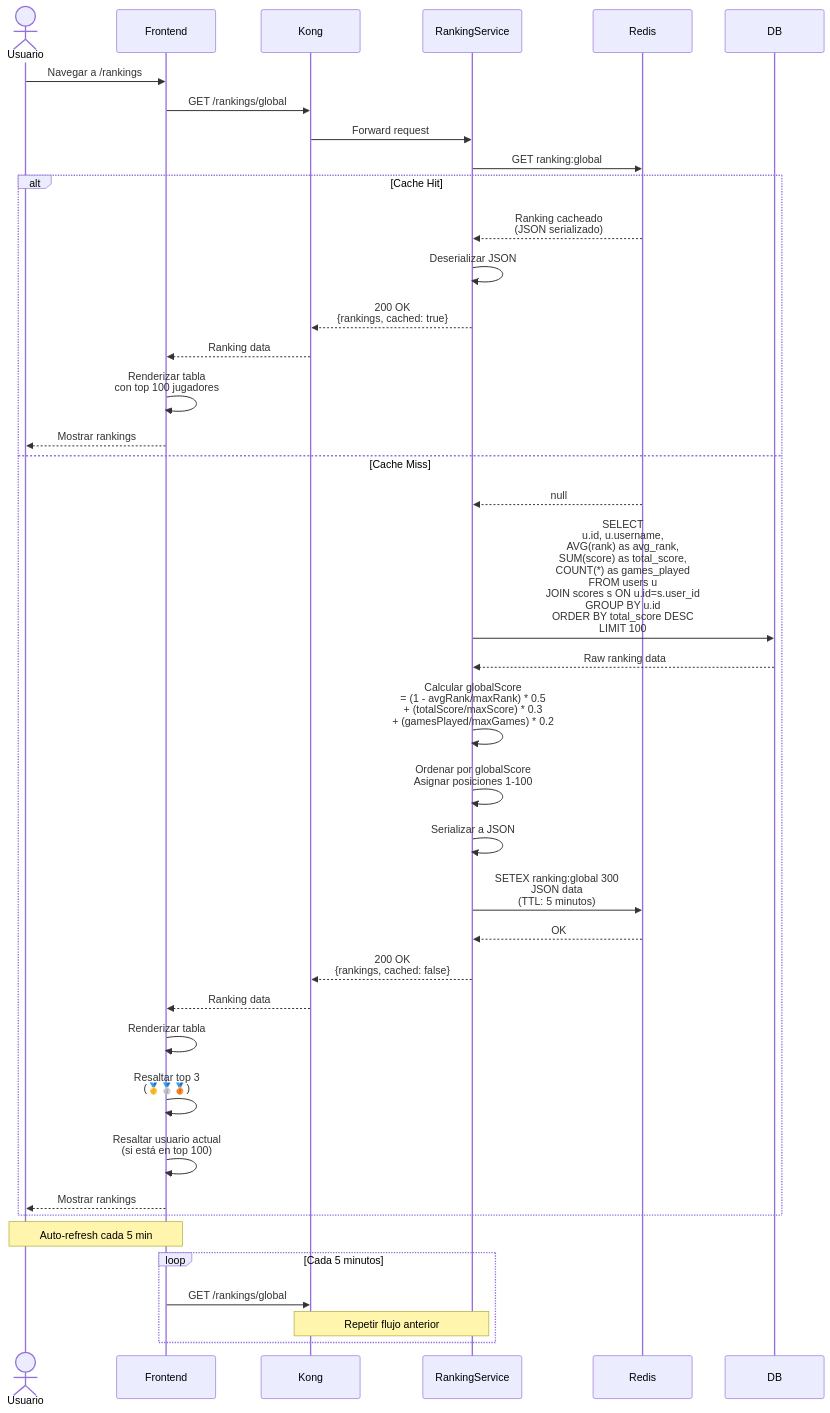
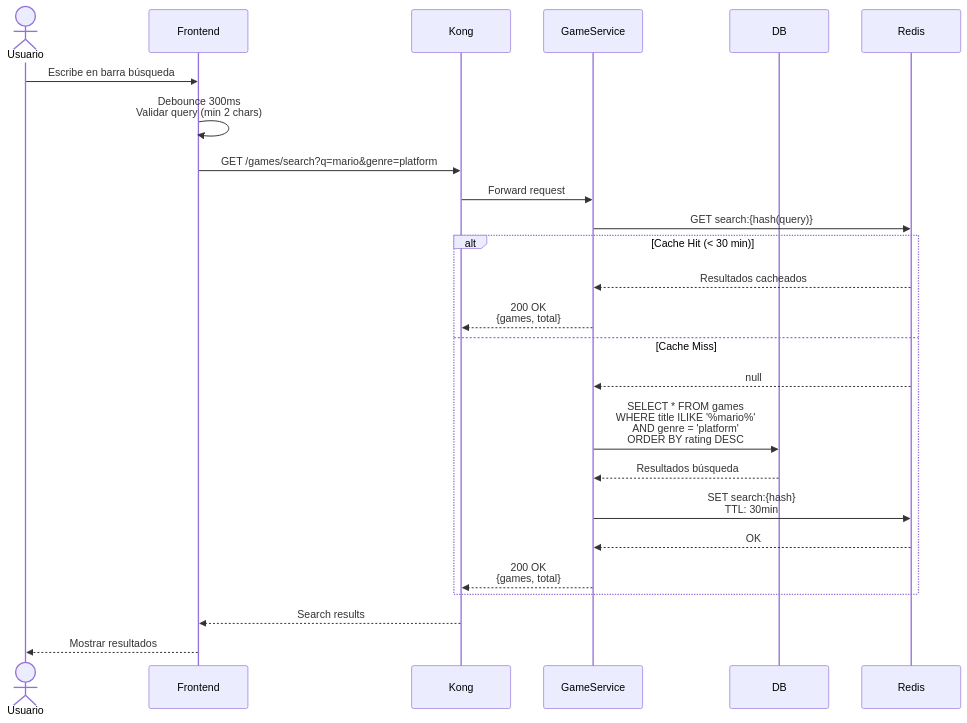
Before and after one commit to retrogamecloud/docs: the sixth of 7 diagrams in sequence-diagrams.mdx, drawn with Mermaid. The commit also changed other lines of this file and 26 other files, not shown here.

````diff
--- a/sequence-diagrams.mdx
+++ b/sequence-diagrams.mdx
@@ -333,61 +274,38 @@
 ```mermaid
 sequenceDiagram
     actor Usuario
     participant Frontend
     participant Kong
-    participant RankingService
+    participant GameService
+    participant DB
     participant Redis
-    participant DB
 
-    Usuario->>Frontend: Navegar a /rankings
+    Usuario->>Frontend: Escribe en barra búsqueda
+    
+    Frontend->>Frontend: Debounce 300ms<br/>Validar query (min 2 chars)
 
-    Frontend->>Kong: GET /rankings/global
+    Frontend->>Kong: GET /games/search?q=mario&genre=platform
 
-    Kong->>RankingService: Forward request
+    Kong->>GameService: Forward request
 
-    RankingService->>Redis: GET ranking:global
+    GameService->>Redis: GET search:{hash(query)}
 
-    alt Cache Hit
-        Redis-->>RankingService: Ranking cacheado<br/>(JSON serializado)
+    alt Cache Hit (< 30 min)
+        Redis-->>GameService: Resultados cacheados
+        GameService-->>Kong: 200 OK<br/>{games, total}
+    else Cache Miss
+        Redis-->>GameService: null
 
-        RankingService->>RankingService: Deserializar JSON
+        GameService->>DB: SELECT * FROM games<br/>WHERE title ILIKE '%mario%'<br/>AND genre = 'platform'<br/>ORDER BY rating DESC
 
-        RankingService-->>Kong: 200 OK<br/>{rankings, cached: true}
-        Kong-->>Frontend: Ranking data
+        DB-->>GameService: Resultados búsqueda
 
-        Frontend->>Frontend: Renderizar tabla<br/>con top 100 jugadores
-        Frontend-->>Usuario: Mostrar rankings
-    else Cache Miss
-        Redis-->>RankingService: null
+        GameService->>Redis: SET search:{hash}<br/>TTL: 30min
+        Redis-->>GameService: OK
 
-        RankingService->>DB: SELECT<br/>  u.id, u.username,<br/>  AVG(rank) as avg_rank,<br/>  SUM(score) as total_score,<br/>  COUNT(*) as games_played<br/>FROM users u<br/>JOIN scores s ON u.id=s.user_id<br/>GROUP BY u.id<br/>ORDER BY total_score DESC<br/>LIMIT 100
-
-        DB-->>RankingService: Raw ranking data
-
-        RankingService->>RankingService: Calcular globalScore<br/>= (1 - avgRank/maxRank) * 0.5<br/>+ (totalScore/maxScore) * 0.3<br/>+ (gamesPlayed/maxGames) * 0.2
-
-        RankingService->>RankingService: Ordenar por globalScore<br/>Asignar posiciones 1-100
-
-        RankingService->>RankingService: Serializar a JSON
-
-        RankingService->>Redis: SETEX ranking:global 300<br/>JSON data<br/>(TTL: 5 minutos)
-
-        Redis-->>RankingService: OK
-
-        RankingService-->>Kong: 200 OK<br/>{rankings, cached: false}
-        Kong-->>Frontend: Ranking data
-
-        Frontend->>Frontend: Renderizar tabla
-        Frontend->>Frontend: Resaltar top 3<br/>(🥇🥈🥉)
-        Frontend->>Frontend: Resaltar usuario actual<br/>(si está en top 100)
-        Frontend-->>Usuario: Mostrar rankings
+        GameService-->>Kong: 200 OK<br/>{games, total}
     end
 
-    Note over Frontend,Usuario: Auto-refresh cada 5 min
-
-    loop Cada 5 minutos
-        Frontend->>Kong: GET /rankings/global
-        Note over Kong,RankingService: Repetir flujo anterior
-    end
-
+    Kong-->>Frontend: Search results
+    Frontend-->>Usuario: Mostrar resultados
 ```
````
